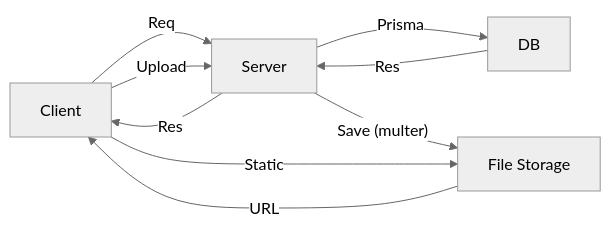
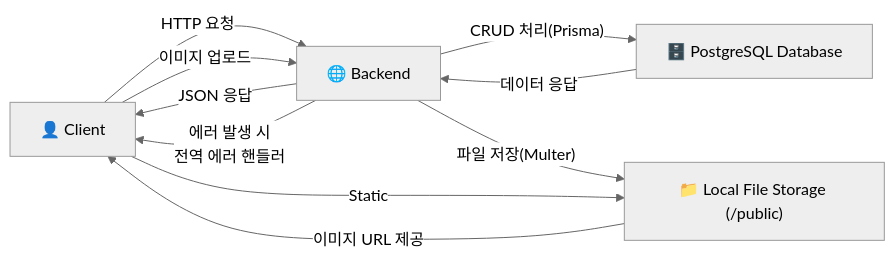
One commit to chamysj/codeit-node6th-git changed the first of 2 diagrams in README.md. Above: the diagram before and after it, drawn with Mermaid (neutral theme). The commit also changed other lines of this file, not shown here.

Commit message:
Update mermaid diagrams in README.md

````diff
--- a/README.md
+++ b/README.md
@@ -28,18 +2,20 @@
 ```mermaid
 graph LR
-    C["Client"]
-    S["Server"]
-    DB["DB"]
-    FS["File Storage"]
+    C["👤 Client"]
+    S["🌐 Backend"]
+    DB["🗄️ PostgreSQL Database"]
+    FS["📁 Local File Storage (/public)"]
 
-    C -->|"Req"| S
-    S -->|"Prisma"| DB
-    DB -->|"Res"| S
-    S -->|"Res"| C
+    C -->|"HTTP 요청"| S
+    S -->|"CRUD 처리(Prisma)"| DB
+    DB -->|"데이터 응답"| S
+    S -->|"JSON 응답"| C
 
-    C -->|"Upload"| S
-    S -->|"Save (multer)"| FS
-    FS -->|"URL"| C
+    C -->|"이미지 업로드"| S
+    S -->|"파일 저장(Multer)"| FS
+    FS -->|"이미지 URL 제공"| C
 
     C -->|"Static"| FS
+    S -->|"에러 발생 시 
+    전역 에러 핸들러"| C
 ```
````
